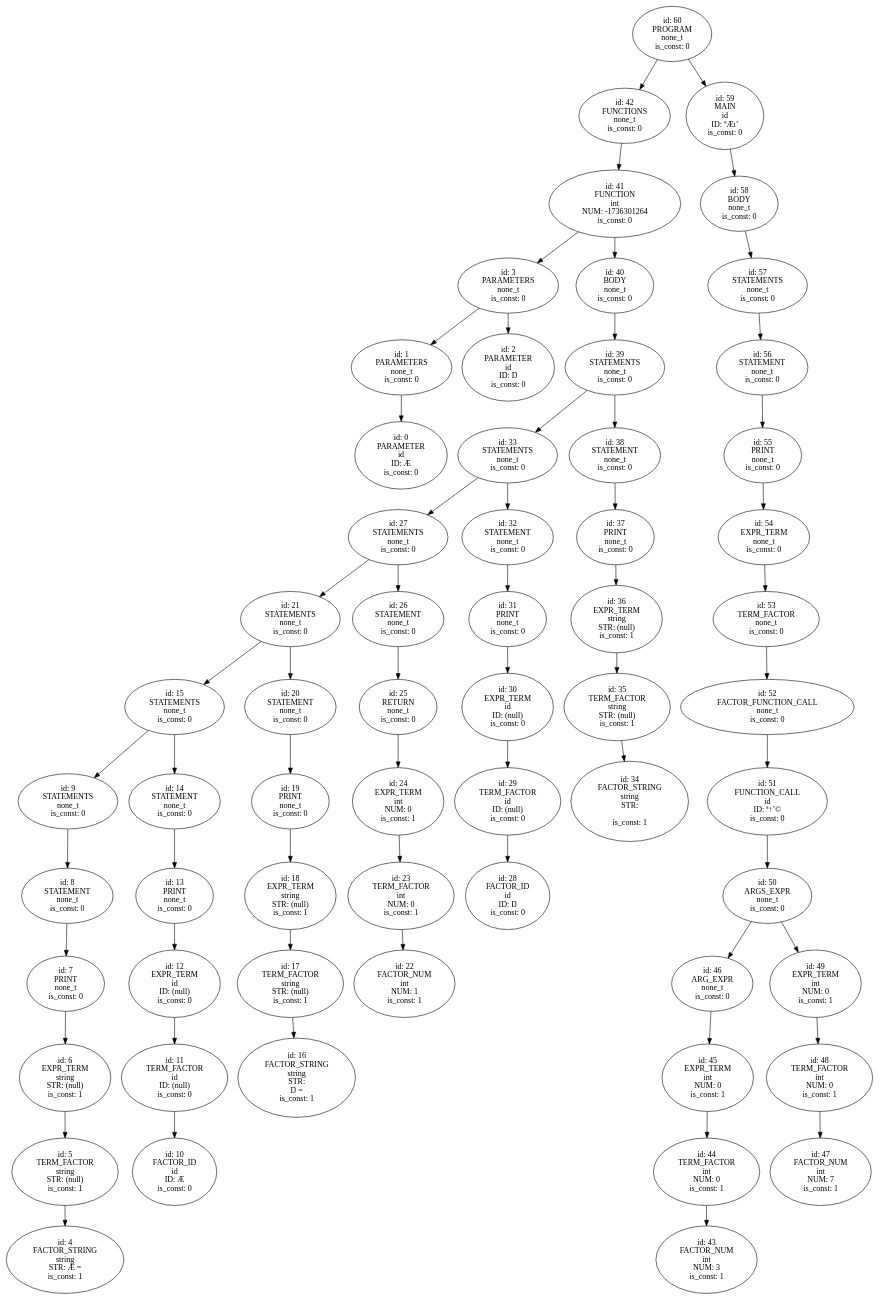
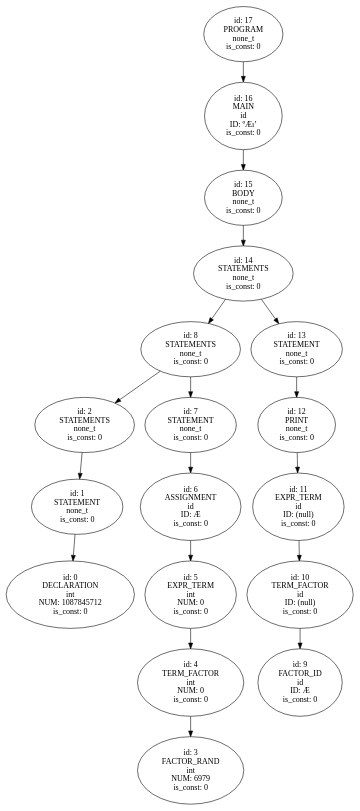
The diagram in study_project/ast.gv (Finn-Artmann/Styx), drawn with Graphviz before and after one commit. The commit also changed 42 other files, not shown here.

```diff
--- a/study_project/ast.gv
+++ b/study_project/ast.gv
@@ -1,337 +1,100 @@
 digraph ast {
-n60 [label="id: 60
+n17 [label="id: 17
  PROGRAM
  none_t
  is_const: 0"];
-n60 -> n42;
-n42 [label="id: 42
- FUNCTIONS
+n17 -> n16;
+n16 [label="id: 16
+ MAIN
+ id
+ ID: ºÆı’
+ is_const: 0"];
+n16 -> n15;
+n15 [label="id: 15
+ BODY
  none_t
  is_const: 0"];
-n42 -> n41;
-n41 [label="id: 41
- FUNCTION
- int
- NUM: -1736301264
- is_const: 0"];
-n41 -> n3;
-n3 [label="id: 3
- PARAMETERS
+n15 -> n14;
+n14 [label="id: 14
+ STATEMENTS
  none_t
  is_const: 0"];
-n3 -> n1;
+n14 -> n8;
+n8 [label="id: 8
+ STATEMENTS
+ none_t
+ is_const: 0"];
+n8 -> n2;
+n2 [label="id: 2
+ STATEMENTS
+ none_t
+ is_const: 0"];
+n2 -> n1;
 n1 [label="id: 1
- PARAMETERS
+ STATEMENT
  none_t
  is_const: 0"];
 n1 -> n0;
 n0 [label="id: 0
- PARAMETER
- id
- ID: Æ
- is_const: 0"];
-n3 -> n2;
-n2 [label="id: 2
- PARAMETER
- id
- ID: Ŋ
- is_const: 0"];
-n41 -> n40;
-n40 [label="id: 40
- BODY
- none_t
- is_const: 0"];
-n40 -> n39;
-n39 [label="id: 39
- STATEMENTS
- none_t
- is_const: 0"];
-n39 -> n33;
-n33 [label="id: 33
- STATEMENTS
- none_t
- is_const: 0"];
-n33 -> n27;
-n27 [label="id: 27
- STATEMENTS
- none_t
- is_const: 0"];
-n27 -> n21;
-n21 [label="id: 21
- STATEMENTS
- none_t
- is_const: 0"];
-n21 -> n15;
-n15 [label="id: 15
- STATEMENTS
- none_t
- is_const: 0"];
-n15 -> n9;
-n9 [label="id: 9
- STATEMENTS
- none_t
- is_const: 0"];
-n9 -> n8;
-n8 [label="id: 8
- STATEMENT
- none_t
+ DECLARATION
+ int
+ NUM: 1087845712
  is_const: 0"];
 n8 -> n7;
 n7 [label="id: 7
- PRINT
+ STATEMENT
  none_t
  is_const: 0"];
 n7 -> n6;
 n6 [label="id: 6
- EXPR_TERM
- string
- STR: (null)
- is_const: 1"];
+ ASSIGNMENT
+ id
+ ID: Æ
+ is_const: 0"];
 n6 -> n5;
 n5 [label="id: 5
- TERM_FACTOR
- string
- STR: (null)
- is_const: 1"];
+ EXPR_TERM
+ int
+ NUM: 0
+ is_const: 0"];
 n5 -> n4;
 n4 [label="id: 4
- FACTOR_STRING
- string
- STR: Æ = 
- is_const: 1"];
-n15 -> n14;
-n14 [label="id: 14
- STATEMENT
- none_t
+ TERM_FACTOR
+ int
+ NUM: 0
+ is_const: 0"];
+n4 -> n3;
+n3 [label="id: 3
+ FACTOR_RAND
+ int
+ NUM: 6979
  is_const: 0"];
 n14 -> n13;
 n13 [label="id: 13
- PRINT
+ STATEMENT
  none_t
  is_const: 0"];
 n13 -> n12;
 n12 [label="id: 12
- EXPR_TERM
- id
- ID: (null)
+ PRINT
+ none_t
  is_const: 0"];
 n12 -> n11;
 n11 [label="id: 11
- TERM_FACTOR
+ EXPR_TERM
  id
  ID: (null)
  is_const: 0"];
 n11 -> n10;
 n10 [label="id: 10
+ TERM_FACTOR
+ id
+ ID: (null)
+ is_const: 0"];
+n10 -> n9;
+n9 [label="id: 9
  FACTOR_ID
  id
  ID: Æ
  is_const: 0"];
-n21 -> n20;
-n20 [label="id: 20
- STATEMENT
- none_t
- is_const: 0"];
-n20 -> n19;
-n19 [label="id: 19
- PRINT
- none_t
- is_const: 0"];
-n19 -> n18;
-n18 [label="id: 18
- EXPR_TERM
- string
- STR: (null)
- is_const: 1"];
-n18 -> n17;
-n17 [label="id: 17
- TERM_FACTOR
- string
- STR: (null)
- is_const: 1"];
-n17 -> n16;
-n16 [label="id: 16
- FACTOR_STRING
- string
- STR: 
-Ŋ = 
- is_const: 1"];
-n27 -> n26;
-n26 [label="id: 26
- STATEMENT
- none_t
- is_const: 0"];
-n26 -> n25;
-n25 [label="id: 25
- RETURN
- none_t
- is_const: 0"];
-n25 -> n24;
-n24 [label="id: 24
- EXPR_TERM
- int
- NUM: 0
- is_const: 1"];
-n24 -> n23;
-n23 [label="id: 23
- TERM_FACTOR
- int
- NUM: 0
- is_const: 1"];
-n23 -> n22;
-n22 [label="id: 22
- FACTOR_NUM
- int
- NUM: 1
- is_const: 1"];
-n33 -> n32;
-n32 [label="id: 32
- STATEMENT
- none_t
- is_const: 0"];
-n32 -> n31;
-n31 [label="id: 31
- PRINT
- none_t
- is_const: 0"];
-n31 -> n30;
-n30 [label="id: 30
- EXPR_TERM
- id
- ID: (null)
- is_const: 0"];
-n30 -> n29;
-n29 [label="id: 29
- TERM_FACTOR
- id
- ID: (null)
- is_const: 0"];
-n29 -> n28;
-n28 [label="id: 28
- FACTOR_ID
- id
- ID: Ŋ
- is_const: 0"];
-n39 -> n38;
-n38 [label="id: 38
- STATEMENT
- none_t
- is_const: 0"];
-n38 -> n37;
-n37 [label="id: 37
- PRINT
- none_t
- is_const: 0"];
-n37 -> n36;
-n36 [label="id: 36
- EXPR_TERM
- string
- STR: (null)
- is_const: 1"];
-n36 -> n35;
-n35 [label="id: 35
- TERM_FACTOR
- string
- STR: (null)
- is_const: 1"];
-n35 -> n34;
-n34 [label="id: 34
- FACTOR_STRING
- string
- STR: 
-
- is_const: 1"];
-n60 -> n59;
-n59 [label="id: 59
- MAIN
- id
- ID: ºÆı’
- is_const: 0"];
-n59 -> n58;
-n58 [label="id: 58
- BODY
- none_t
- is_const: 0"];
-n58 -> n57;
-n57 [label="id: 57
- STATEMENTS
- none_t
- is_const: 0"];
-n57 -> n56;
-n56 [label="id: 56
- STATEMENT
- none_t
- is_const: 0"];
-n56 -> n55;
-n55 [label="id: 55
- PRINT
- none_t
- is_const: 0"];
-n55 -> n54;
-n54 [label="id: 54
- EXPR_TERM
- none_t
- is_const: 0"];
-n54 -> n53;
-n53 [label="id: 53
- TERM_FACTOR
- none_t
- is_const: 0"];
-n53 -> n52;
-n52 [label="id: 52
- FACTOR_FUNCTION_CALL
- none_t
- is_const: 0"];
-n52 -> n51;
-n51 [label="id: 51
- FUNCTION_CALL
- id
- ID: ª↑’©
- is_const: 0"];
-n51 -> n50;
-n50 [label="id: 50
- ARGS_EXPR
- none_t
- is_const: 0"];
-n50 -> n46;
-n46 [label="id: 46
- ARG_EXPR
- none_t
- is_const: 0"];
-n46 -> n45;
-n45 [label="id: 45
- EXPR_TERM
- int
- NUM: 0
- is_const: 1"];
-n45 -> n44;
-n44 [label="id: 44
- TERM_FACTOR
- int
- NUM: 0
- is_const: 1"];
-n44 -> n43;
-n43 [label="id: 43
- FACTOR_NUM
- int
- NUM: 3
- is_const: 1"];
-n50 -> n49;
-n49 [label="id: 49
- EXPR_TERM
- int
- NUM: 0
- is_const: 1"];
-n49 -> n48;
-n48 [label="id: 48
- TERM_FACTOR
- int
- NUM: 0
- is_const: 1"];
-n48 -> n47;
-n47 [label="id: 47
- FACTOR_NUM
- int
- NUM: 7
- is_const: 1"];
 }
```
